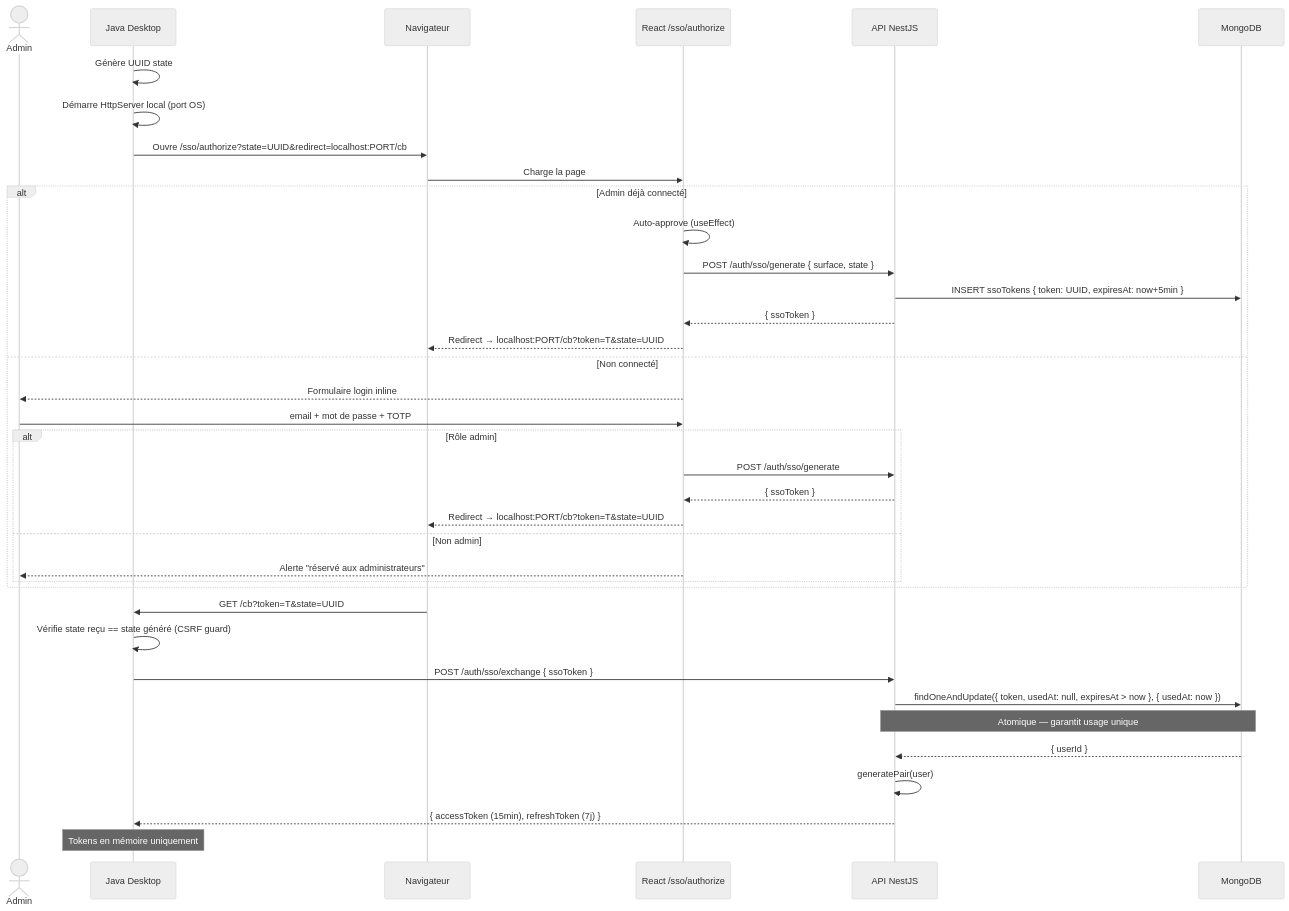
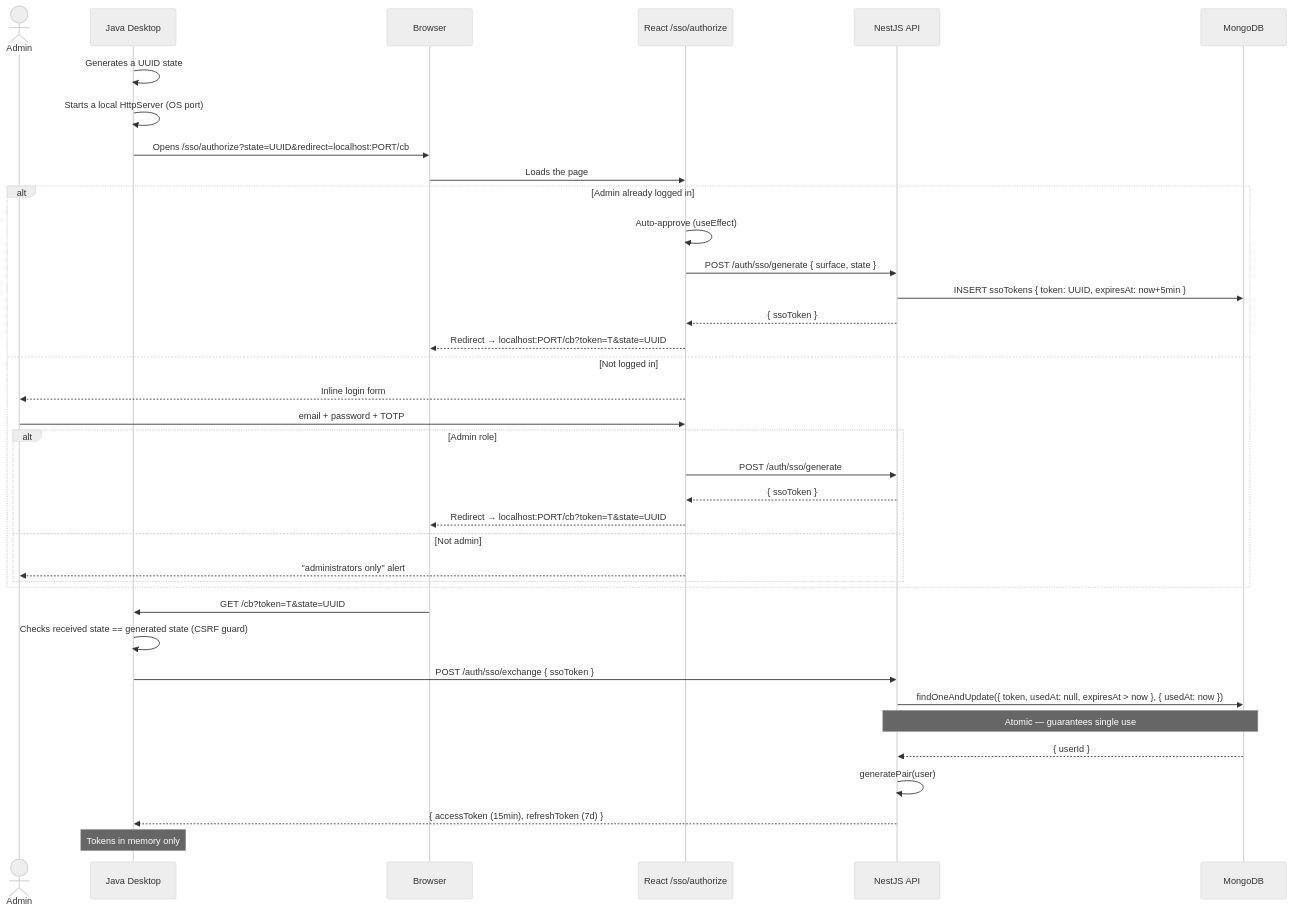
Before and after one commit to creibaud/QuartierConnect: the fourth of 23 diagrams in docs/RAPPORT-ETAPE2.md, drawn with Mermaid (neutral theme). The commit also changed other lines of this file and 155 other files, not shown here.

````diff
--- a/docs/RAPPORT-ETAPE2.md
+++ b/docs/RAPPORT-ETAPE2.md
@@ -186,43 +186,43 @@
 ```mermaid
 sequenceDiagram
     actor Admin
     participant D as Java Desktop
-    participant B as Navigateur
+    participant B as Browser
     participant W as React /sso/authorize
-    participant A as API NestJS
+    participant A as NestJS API
     participant DB as MongoDB
 
-    D->>D: Génère UUID state
-    D->>D: Démarre HttpServer local (port OS)
-    D->>B: Ouvre /sso/authorize?state=UUID&redirect=localhost:PORT/cb
+    D->>D: Generates a UUID state
+    D->>D: Starts a local HttpServer (OS port)
+    D->>B: Opens /sso/authorize?state=UUID&redirect=localhost:PORT/cb
 
-    B->>W: Charge la page
+    B->>W: Loads the page
 
-    alt Admin déjà connecté
+    alt Admin already logged in
         W->>W: Auto-approve (useEffect)
         W->>A: POST /auth/sso/generate { surface, state }
         A->>DB: INSERT ssoTokens { token: UUID, expiresAt: now+5min }
         A-->>W: { ssoToken }
         W-->>B: Redirect → localhost:PORT/cb?token=T&state=UUID
-    else Non connecté
-        W-->>Admin: Formulaire login inline
-        Admin->>W: email + mot de passe + TOTP
-        alt Rôle admin
+    else Not logged in
+        W-->>Admin: Inline login form
+        Admin->>W: email + password + TOTP
+        alt Admin role
             W->>A: POST /auth/sso/generate
             A-->>W: { ssoToken }
             W-->>B: Redirect → localhost:PORT/cb?token=T&state=UUID
-        else Non admin
-            W-->>Admin: Alerte "réservé aux administrateurs"
+        else Not admin
+            W-->>Admin: "administrators only" alert
         end
     end
 
     B->>D: GET /cb?token=T&state=UUID
-    D->>D: Vérifie state reçu == state généré (CSRF guard)
+    D->>D: Checks received state == generated state (CSRF guard)
     D->>A: POST /auth/sso/exchange { ssoToken }
     A->>DB: findOneAndUpdate({ token, usedAt: null, expiresAt > now }, { usedAt: now })
-    Note over A,DB: Atomique — garantit usage unique
+    Note over A,DB: Atomic — guarantees single use
     DB-->>A: { userId }
     A->>A: generatePair(user)
-    A-->>D: { accessToken (15min), refreshToken (7j) }
-    Note over D: Tokens en mémoire uniquement
+    A-->>D: { accessToken (15min), refreshToken (7d) }
+    Note over D: Tokens in memory only
 ```
````
